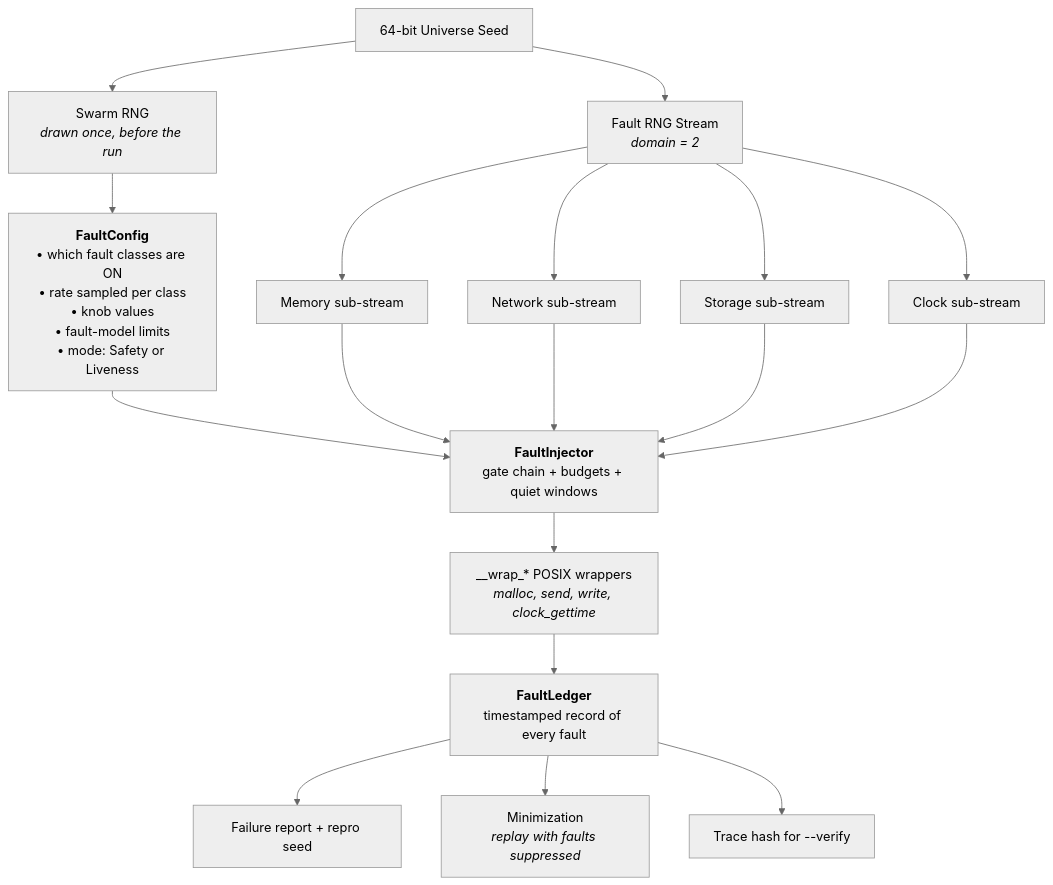
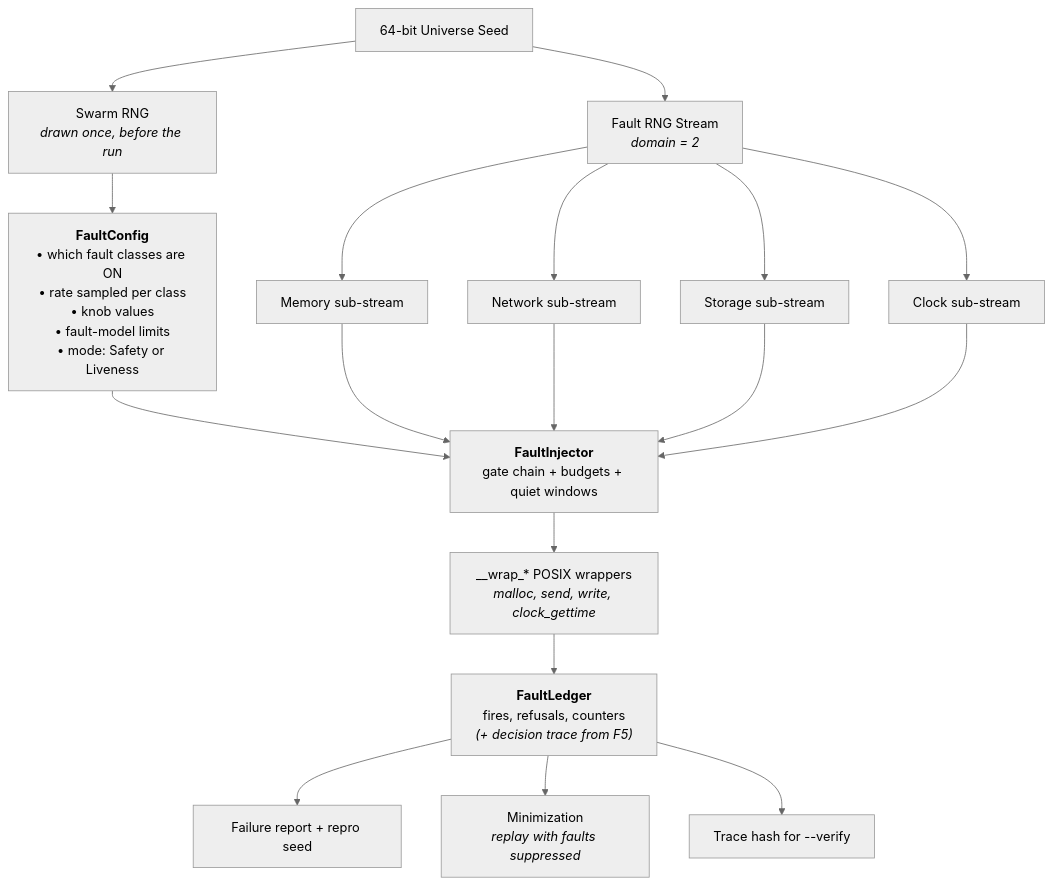
The first of 4 diagrams in docs/fault-injection.md (Soham-Maha/cosmos), drawn with Mermaid (neutral theme) before and after one commit. The commit also changed other lines of this file, not shown here.

Commit message:
docs(fault-injection): made few updates to some of the details to make it more clear

````diff
--- a/docs/fault-injection.md
+++ b/docs/fault-injection.md
@@ -163,28 +167,28 @@
 ```mermaid
 graph TD
     Seed["64-bit Universe Seed"]
 
     Seed --> SwarmRng["Swarm RNG<br><i>drawn once, before the run</i>"]
     Seed --> FaultRng["Fault RNG Stream<br><i>domain = 2</i>"]
 
     SwarmRng --> Config["<b>FaultConfig</b><br>• which fault classes are ON<br>• rate sampled per class<br>• knob values<br>• fault-model limits<br>• mode: Safety or Liveness"]
 
     FaultRng --> MemS["Memory sub-stream"]
     FaultRng --> NetS["Network sub-stream"]
     FaultRng --> StoreS["Storage sub-stream"]
     FaultRng --> ClockS["Clock sub-stream"]
 
     Config --> Injector["<b>FaultInjector</b><br>gate chain + budgets + quiet windows"]
     MemS --> Injector
     NetS --> Injector
     StoreS --> Injector
     ClockS --> Injector
 
     Injector --> Wrappers["__wrap_* POSIX wrappers<br><i>malloc, send, write, clock_gettime</i>"]
 
-    Wrappers --> Ledger["<b>FaultLedger</b><br>timestamped record of every fault"]
+    Wrappers --> Ledger["<b>FaultLedger</b><br>fires, refusals, counters<br><i>(+ decision trace from F5)</i>"]
 
     Ledger --> Report["Failure report + repro seed"]
     Ledger --> Minimize["Minimization<br><i>replay with faults suppressed</i>"]
     Ledger --> Hash["Trace hash for --verify"]
 ```
````
